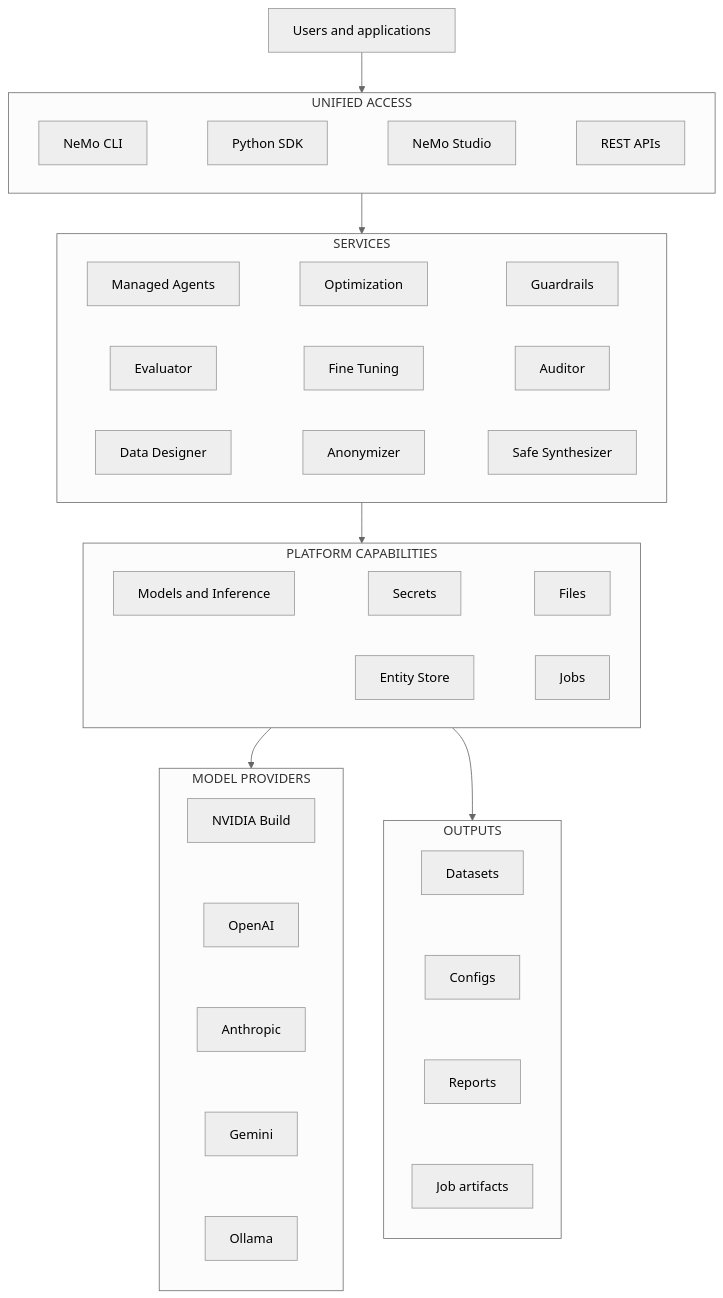
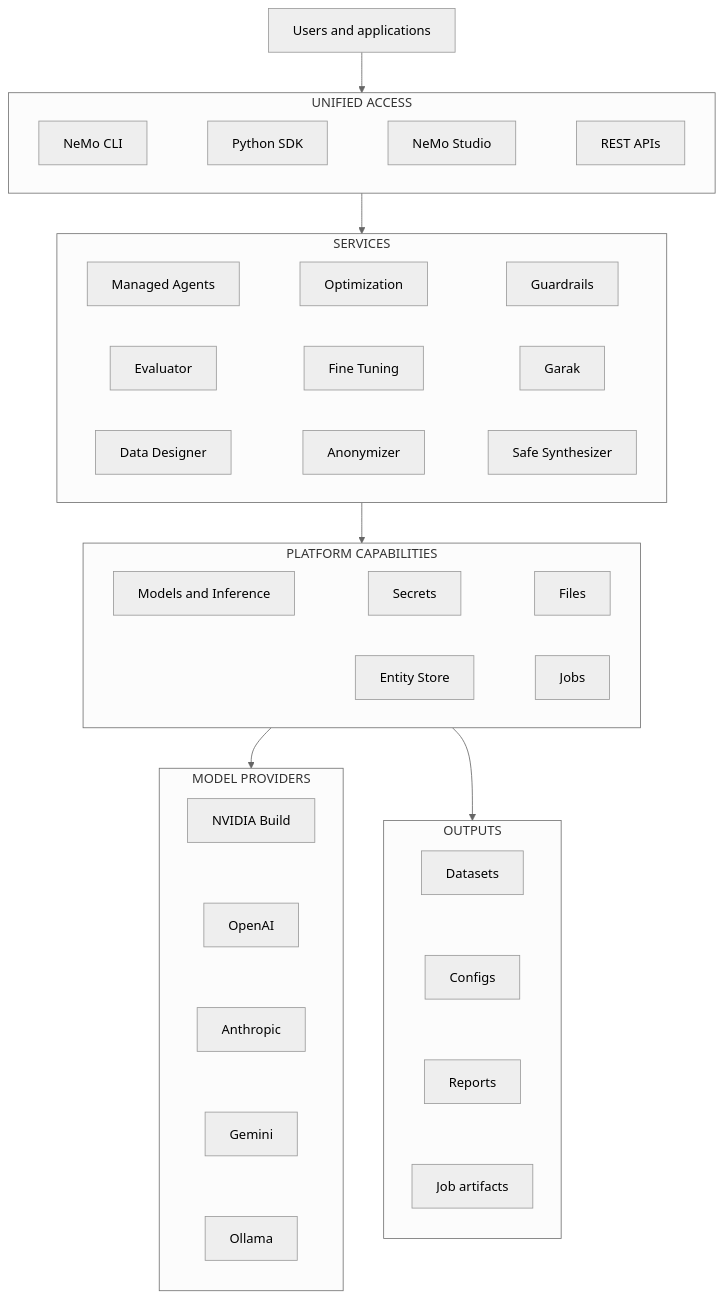
The diagram in docs/index.mdx (NVIDIA-NeMo/nemo-helix), drawn with Mermaid (neutral theme) before and after one commit. The commit also changed other lines of this file and 276 other files, not shown here.

Commit message:
chore(auditor) rename auditor plugin to garak plugin

````diff
--- a/docs/index.mdx
+++ b/docs/index.mdx
@@ -37,65 +37,65 @@
 ```mermaid
 flowchart TB
     Users["Users and applications"]
 
     subgraph AccessTier["UNIFIED ACCESS"]
         direction LR
         CLI["NeMo CLI"]
         SDK["Python SDK"]
         Studio["NeMo Studio"]
         REST["REST APIs"]
         CLI ~~~ SDK ~~~ Studio ~~~ REST
     end
 
     subgraph CapabilityTier["SERVICES"]
         direction LR
         Agents["Managed Agents"]
         Optimization["Optimization"]
         Guardrails["Guardrails"]
         Evaluator["Evaluator"]
         FineTuning["Fine Tuning"]
-        Auditor["Auditor"]
+        Garak["Garak"]
         DataDesigner["Data Designer"]
         Anonymizer["Anonymizer"]
         SafeSynthesizer["Safe Synthesizer"]
         Agents ~~~ Optimization ~~~ Guardrails
-        Evaluator ~~~ FineTuning ~~~ Auditor
+        Evaluator ~~~ FineTuning ~~~ Garak
         DataDesigner ~~~ Anonymizer ~~~ SafeSynthesizer
     end
 
     subgraph SharedTier["PLATFORM CAPABILITIES"]
         direction LR
         IGW["Models and Inference"]
         Secrets["Secrets"]
         Files["Files"]
         Entities["Entity Store"]
         Jobs["Jobs"]
         IGW ~~~ Secrets ~~~ Files
         Entities ~~~ Jobs
     end
 
     subgraph ProviderTier["MODEL PROVIDERS"]
         direction TB
         NVIDIABuild["NVIDIA Build"]
         OpenAI["OpenAI"]
         Anthropic["Anthropic"]
         Gemini["Gemini"]
         Ollama["Ollama"]
         NVIDIABuild ~~~ OpenAI ~~~ Anthropic ~~~ Gemini ~~~ Ollama
     end
 
     subgraph OutputTier["OUTPUTS"]
         direction TB
         Datasets["Datasets"]
         Configs["Configs"]
         Reports["Reports"]
         JobArtifacts["Job artifacts"]
         Datasets ~~~ Configs ~~~ Reports ~~~ JobArtifacts
     end
 
     Users --> AccessTier
     AccessTier --> CapabilityTier
     CapabilityTier --> SharedTier
     SharedTier --> ProviderTier
     SharedTier --> OutputTier
 ```
````
